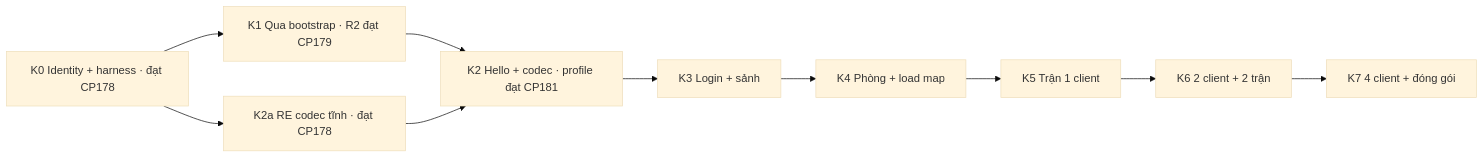
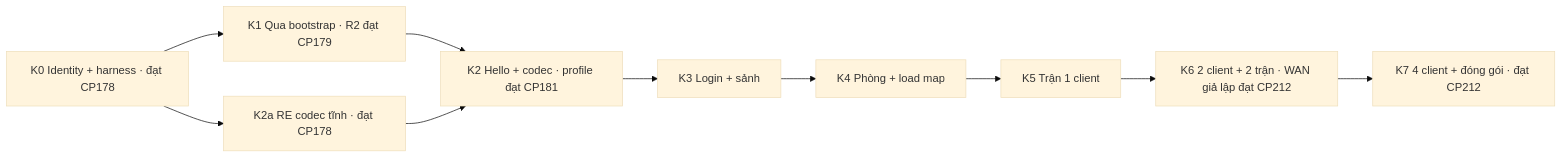
Before and after one commit to aquaplatinumberlitz/boom-kr-server: the diagram in docs/PLAN.md, drawn with Mermaid (base theme). The commit also changed other lines of this file and 16 other files, not shown here.

````diff
--- a/docs/PLAN.md
+++ b/docs/PLAN.md
@@ -251,12 +254,12 @@
 ```mermaid
 flowchart LR
   K0["K0 Identity + harness · đạt CP178"] --> K1["K1 Qua bootstrap · R2 đạt CP179"]
   K0 --> K2a["K2a RE codec tĩnh · đạt CP178"]
   K1 --> K2["K2 Hello + codec · profile đạt CP181"]
   K2a --> K2
   K2 --> K3["K3 Login + sảnh"]
   K3 --> K4["K4 Phòng + load map"]
   K4 --> K5["K5 Trận 1 client"]
-  K5 --> K6["K6 2 client + 2 trận"]
-  K6 --> K7["K7 4 client + đóng gói"]
+  K5 --> K6["K6 2 client + 2 trận · WAN giả lập đạt CP212"]
+  K6 --> K7["K7 4 client + đóng gói · đạt CP212"]
 ```
````
